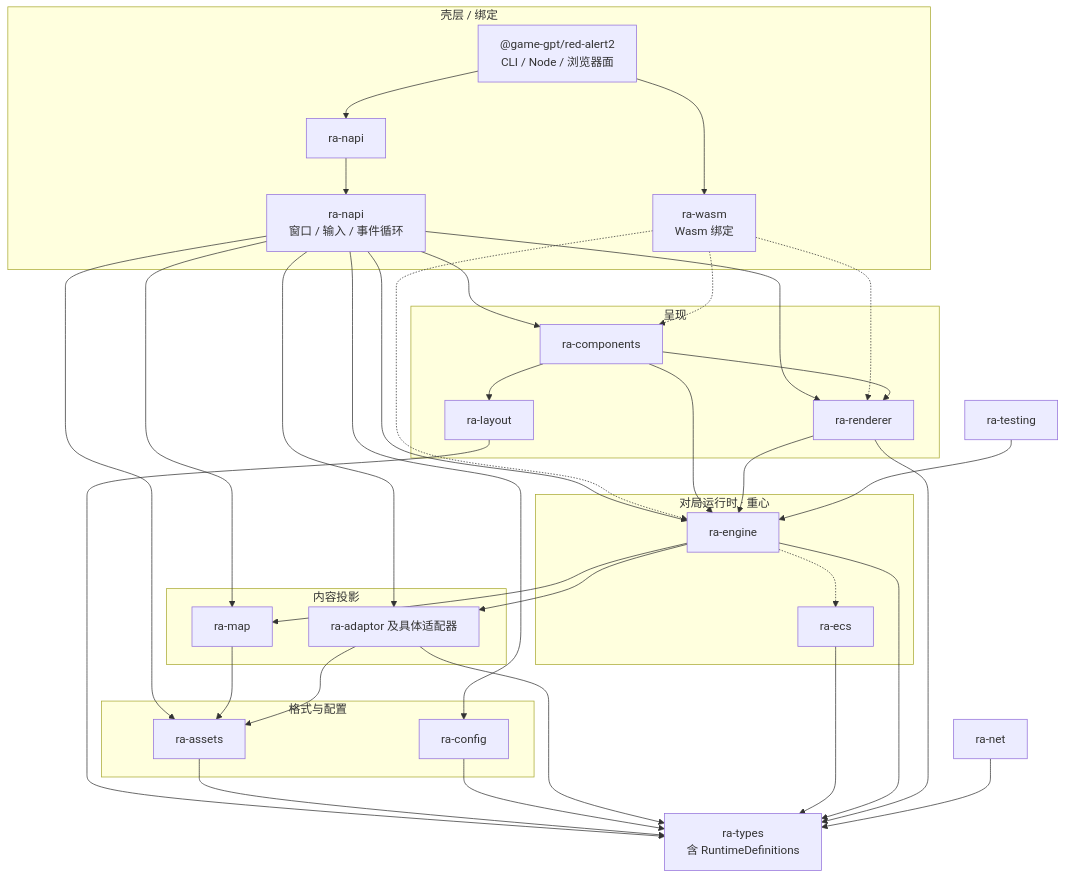
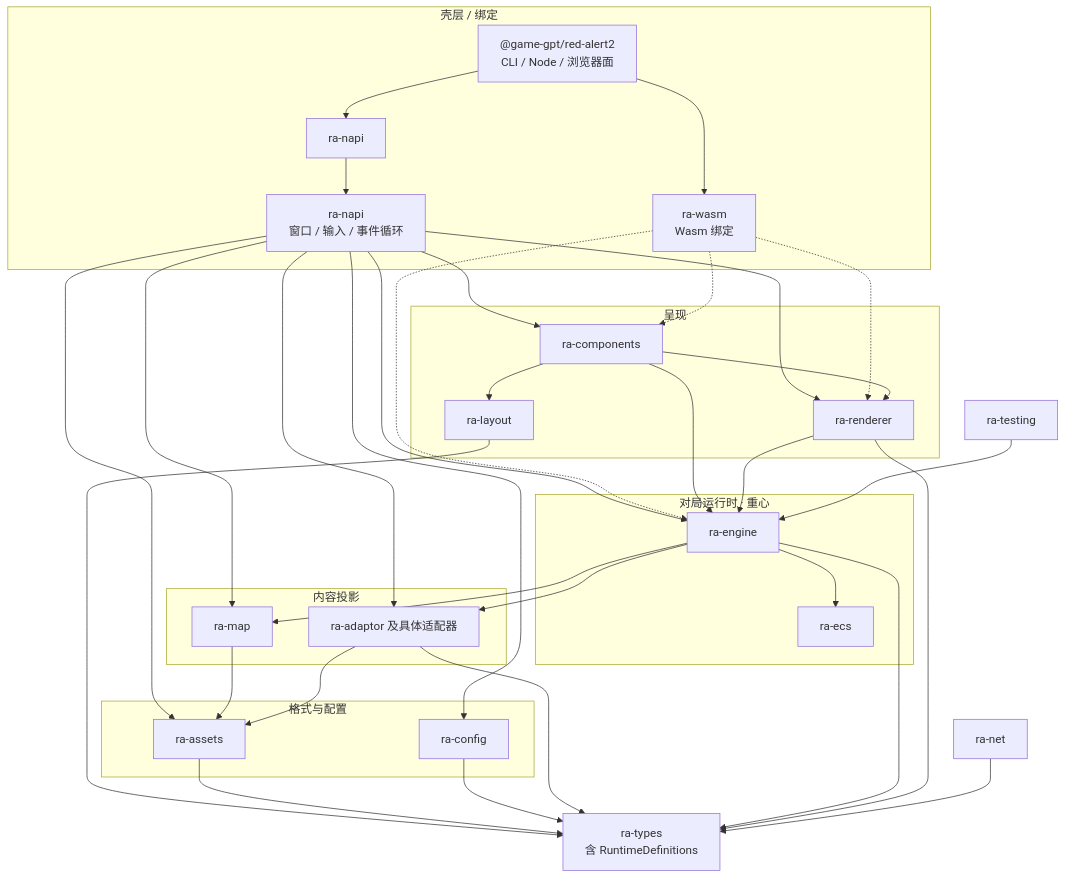
Before and after one commit to rust-alert/ra2.exe: the second of 3 diagrams in readme.md, drawn with Mermaid. The commit also changed other lines of this file and 8 other files, not shown here.

````diff
--- a/readme.md
+++ b/readme.md
@@ -126,65 +126,64 @@
 ```mermaid
 flowchart TB
     subgraph shells["壳层 / 绑定"]
         host["@game-gpt/red-alert2<br/>CLI / Node / 浏览器面"]
         napi["ra-napi"]
         desktop["ra-napi<br/>窗口 / 输入 / 事件循环"]
         wasm["ra-wasm<br/>Wasm 绑定"]
     end
 
     subgraph present["呈现"]
         layout["ra-layout"]
         components["ra-components"]
         renderer["ra-renderer"]
     end
 
     subgraph runtime["对局运行时 · 重心"]
         engine["ra-engine"]
         ecs["ra-ecs"]
     end
 
     subgraph content["内容投影"]
         map["ra-map"]
         adaptor["ra-adaptor 及具体适配器"]
     end
 
     subgraph formats["格式与配置"]
         assets["ra-assets"]
         config["ra-config"]
     end
 
     types["ra-types<br/>含 RuntimeDefinitions"]
     net["ra-net"]
     testing["ra-testing"]
     host --> napi
     host --> wasm
     napi --> desktop
     desktop --> config
     desktop --> components
     desktop --> renderer
     desktop --> engine
     desktop --> map
     desktop --> assets
     desktop --> adaptor
     wasm -.-> components
     wasm -.-> renderer
     wasm -.-> engine
     components --> layout
     components --> renderer
     components --> engine
     layout --> types
     renderer --> engine
-    engine -.-> ecs
+    engine --> ecs
     engine --> map
     engine --> adaptor
     map --> assets
     adaptor --> assets
     assets --> types
     config --> types
     adaptor --> types
-    ecs --> types
     engine --> types
     renderer --> types
     net --> types
     testing --> engine
 ```
````
